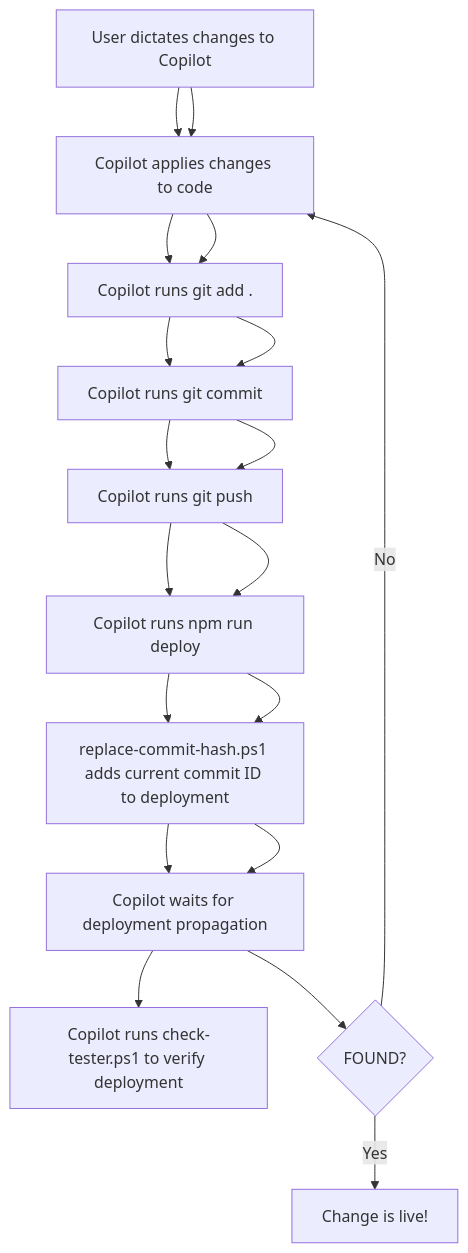
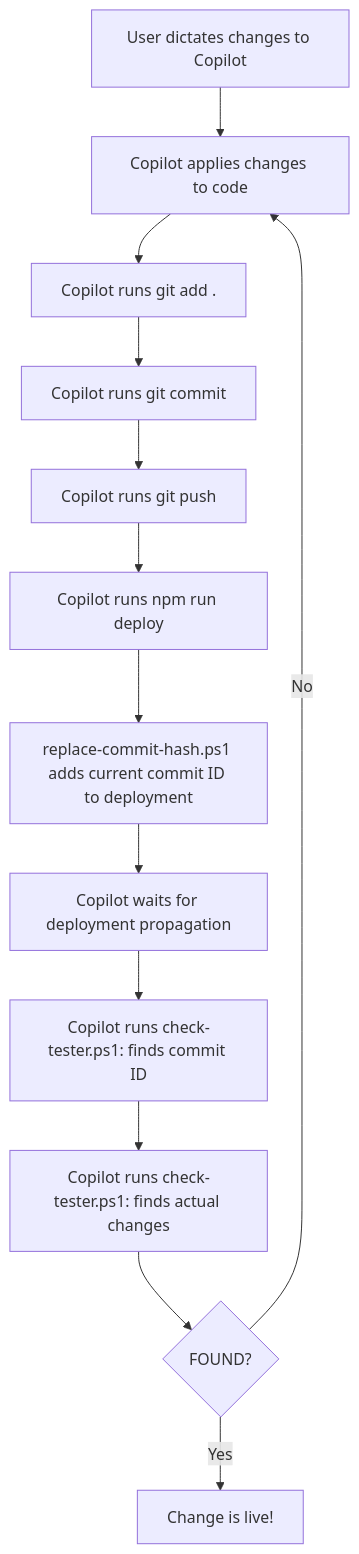
One commit to shapez0r/agentai_repo changed the second of 2 diagrams in README.md. Above: the diagram before and after it, drawn with Mermaid. The commit also changed other lines of this file and 1 other file, not shown here.

Commit message:
Update deployment & verification flow in README, clarify verification steps

````diff
--- a/README.md
+++ b/README.md
@@ -69,24 +69,15 @@
 ```mermaid
 flowchart TD
     A[User dictates changes to Copilot] --> B[Copilot applies changes to code]
     B --> C[Copilot runs git add .]
     C --> D[Copilot runs git commit]
     D --> E[Copilot runs git push]
     E --> F[Copilot runs npm run deploy]
     F --> G[replace-commit-hash.ps1 adds current commit ID to deployment]
     G --> H[Copilot waits for deployment propagation]
-    H --> I[Copilot runs check-tester.ps1 to verify deployment]
-    J{FOUND?}
-    K[Change is live!]
-
-    A --> B
-    B --> C
-    C --> D
-    D --> E
-    E --> F
-    F --> G
-    G --> H
-    H --> J
-    J -- Yes --> K
+    H --> I1[Copilot runs check-tester.ps1: finds commit ID]
+    I1 --> I2[Copilot runs check-tester.ps1: finds actual changes]
+    I2 --> J{FOUND?}
+    J -- Yes --> K[Change is live!]
     J -- No --> B
 ```
````
